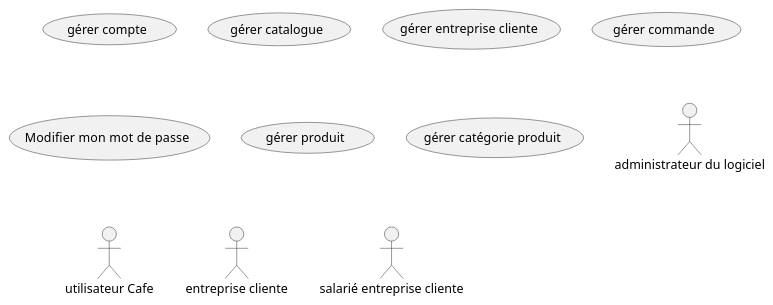
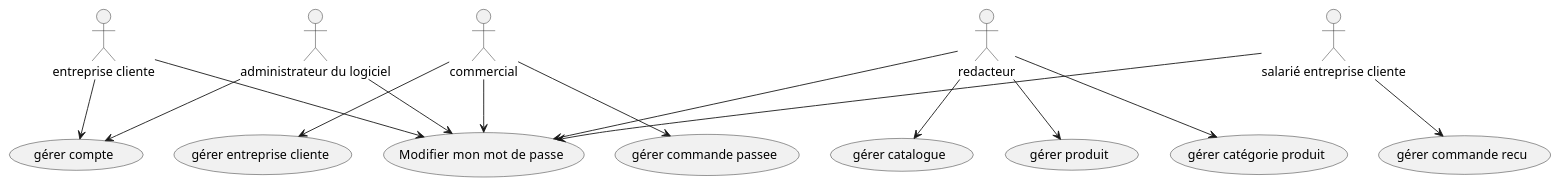
The diagram in usecase.plantuml (giovanni6846/CS_2024_MDP), drawn with PlantUML before and after one commit. The commit also changed 9 other files, not shown here.

```diff
--- a/usecase.plantuml
+++ b/usecase.plantuml
@@ -1,26 +1,46 @@
 @startuml
 
 
 
 usecase (gérer compte) as UC_Gerer_Compte
 
 usecase (gérer catalogue) as UC_Gerer_Catalogue
 usecase (gérer entreprise cliente) as UC_Gerer_Entreprise
-usecase (gérer commande) as UC_Gerer_Commande
+usecase (gérer commande recu) as UC_Gerer_Commande_Recu
+usecase (gérer commande passee) as UC_Gerer_Commande_Passe
 
 usecase (Modifier  mon mot de passe) as UC_MDP
 usecase (gérer produit) as UC_G_Produit
 usecase (gérer catégorie produit) as UC_G_Cat_Produit
 
 
 
 
 actor :administrateur du logiciel: as admin
-actor :utilisateur Cafe: as userCafe
+actor :commercial: as commercial
+actor :redacteur: as redacteur
 actor :entreprise cliente: as entreprise
 actor :salarié entreprise cliente: as salarie
+
+admin --> UC_Gerer_Compte
+admin --> UC_MDP
+
+redacteur --> UC_Gerer_Catalogue
+redacteur --> UC_G_Cat_Produit
+redacteur --> UC_G_Produit
+redacteur --> UC_MDP
+
+commercial --> UC_Gerer_Entreprise
+commercial --> UC_Gerer_Commande_Passe
+commercial --> UC_MDP
+
+entreprise --> UC_Gerer_Compte
+entreprise --> UC_MDP
+
+salarie --> UC_Gerer_Commande_Recu
+salarie --> UC_MDP
 
 
 
 
 @enduml
```
